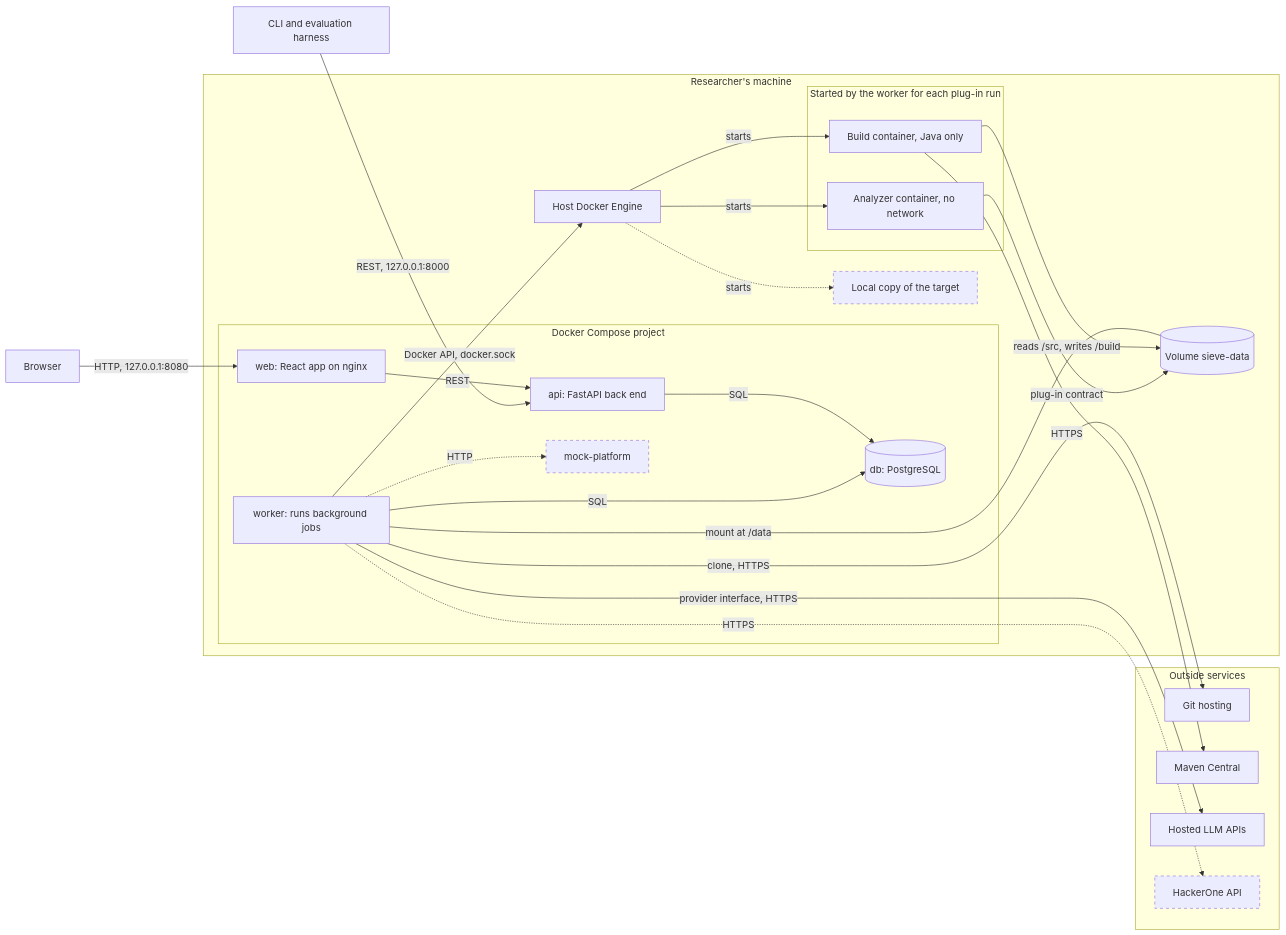
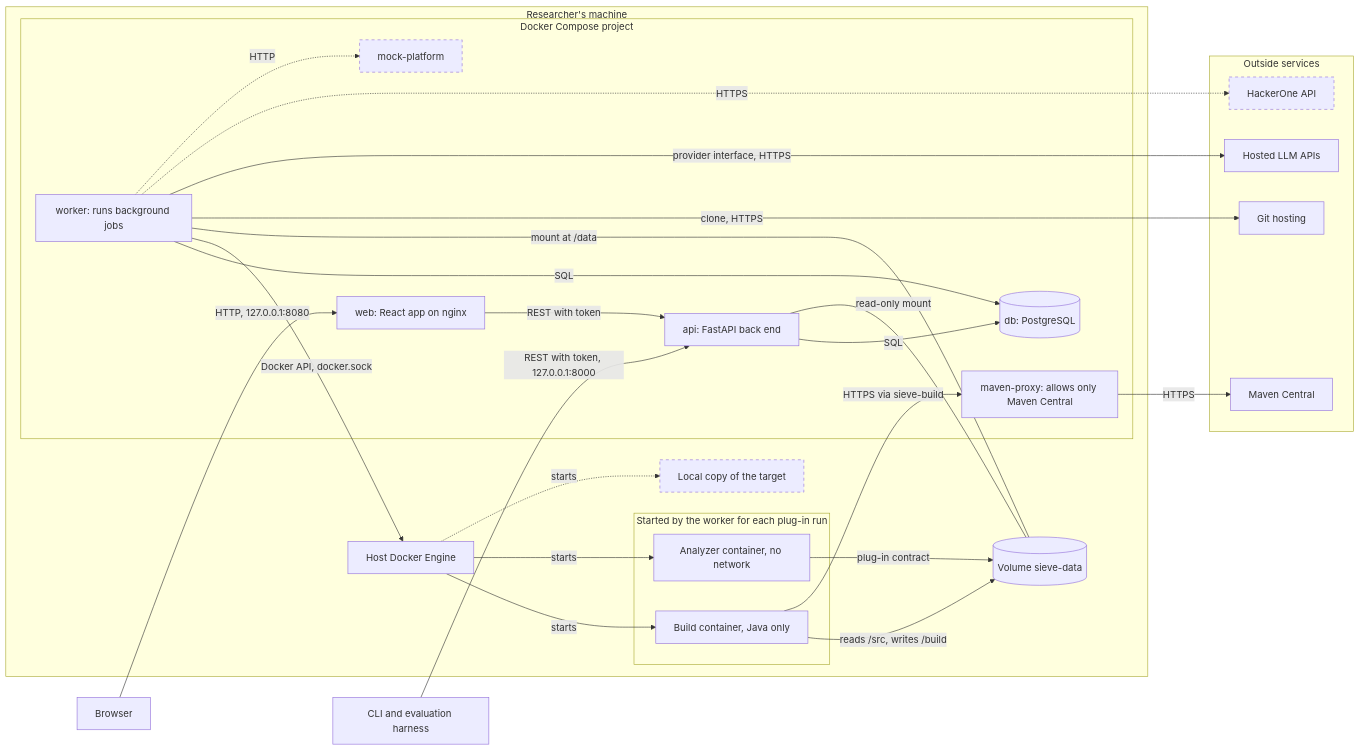
Before and after one commit to sieve-ku-comp491/sieve: the second of 2 diagrams in docs/architecture.md, drawn with Mermaid. The commit also changed other lines of this file, not shown here.

First line of the commit message:
docs: close the build network and protect the api with a token

````diff
--- a/docs/architecture.md
+++ b/docs/architecture.md
@@ -77,50 +77,53 @@
 ```mermaid
 flowchart LR
   browser[Browser]
   cli[CLI and evaluation harness]
 
   subgraph host [Researcher's machine]
     subgraph compose [Docker Compose project]
       web["web: React app on nginx"]
       api["api: FastAPI back end"]
       db[("db: PostgreSQL")]
       worker["worker: runs background jobs"]
+      proxy["maven-proxy: allows only Maven Central"]
       mock[mock-platform]
     end
     docker[Host Docker Engine]
     data[("Volume sieve-data")]
     subgraph perrun [Started by the worker for each plug-in run]
       build["Build container, Java only"]
       analyzer["Analyzer container, no network"]
     end
     target[Local copy of the target]
   end
 
   subgraph outside [Outside services]
     git[Git hosting]
     maven[Maven Central]
     llm[Hosted LLM APIs]
     h1[HackerOne API]
   end
 
   browser -->|HTTP, 127.0.0.1:8080| web
-  web -->|REST| api
-  cli -->|REST, 127.0.0.1:8000| api
+  web -->|REST with token| api
+  cli -->|REST with token, 127.0.0.1:8000| api
   api -->|SQL| db
   worker -->|SQL| db
+  api ---|read-only mount| data
   worker -->|Docker API, docker.sock| docker
   docker -->|starts| build
   docker -->|starts| analyzer
   worker ---|mount at /data| data
   build -->|reads /src, writes /build| data
   analyzer -->|plug-in contract| data
+  build -->|HTTPS via sieve-build| proxy
+  proxy -->|HTTPS| maven
   worker -->|clone, HTTPS| git
-  build -->|HTTPS| maven
   worker -->|provider interface, HTTPS| llm
   worker -.->|HTTPS| h1
   worker -.->|HTTP| mock
   docker -.->|starts| target
 
   classDef stretch stroke-dasharray: 5 5
   class mock,target,h1 stretch
 ```
````
